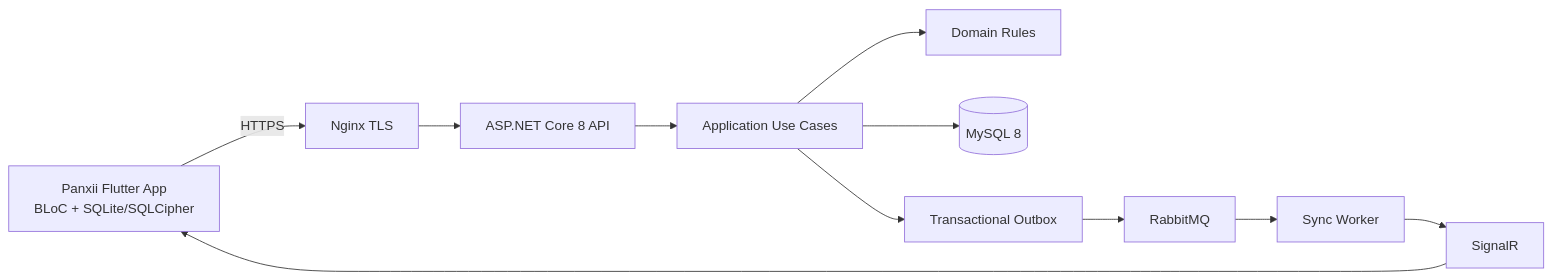
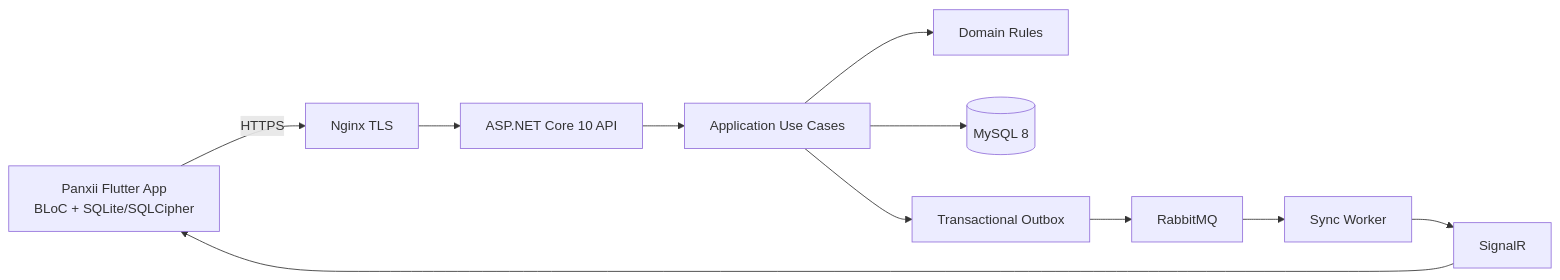
Before and after one commit to PanxiiPos/panxii-docs: the diagram in project_overview.md, drawn with Mermaid. The commit also changed other lines of this file and 8 other files, not shown here.

````diff
--- a/project_overview.md
+++ b/project_overview.md
@@ -100,13 +100,13 @@
 ```mermaid
 flowchart LR
     Mobile[Panxii Flutter App\nBLoC + SQLite/SQLCipher] -->|HTTPS| Nginx[Nginx TLS]
-    Nginx --> Api[ASP.NET Core 8 API]
+    Nginx --> Api[ASP.NET Core 10 API]
     Api --> Application[Application Use Cases]
     Application --> Domain[Domain Rules]
     Application --> MySQL[(MySQL 8)]
     Application --> Outbox[Transactional Outbox]
     Outbox --> RabbitMQ[RabbitMQ]
     RabbitMQ --> Worker[Sync Worker]
     Worker --> SignalR[SignalR]
     SignalR --> Mobile
 ```
````
